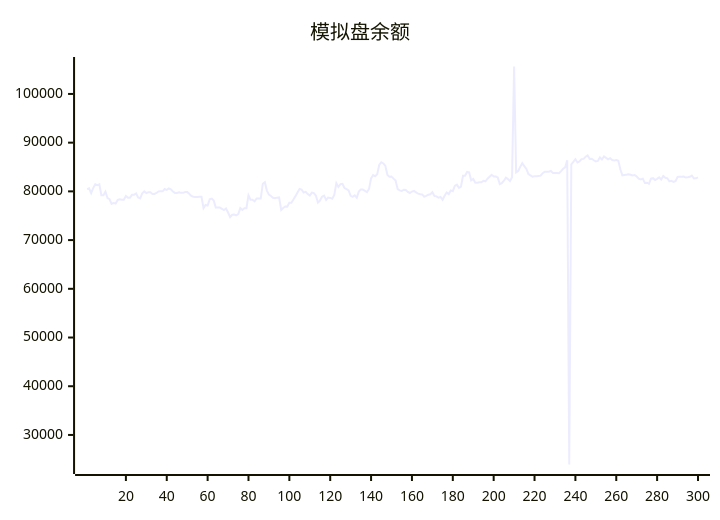
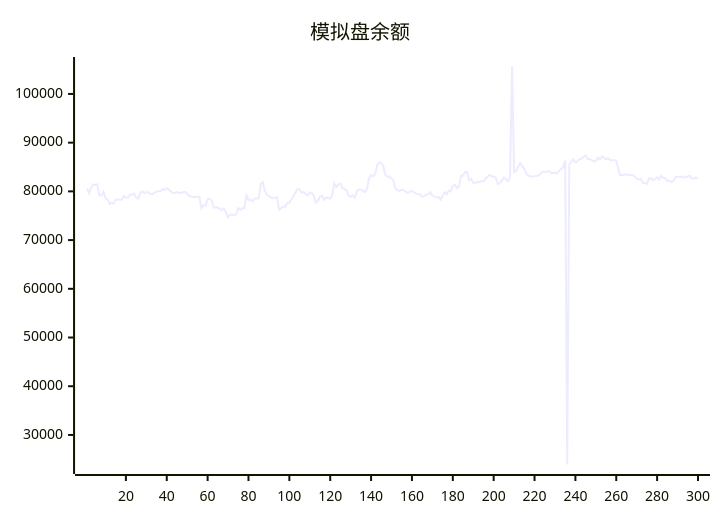
The diagram in README.md (aahl/ai-trading), drawn with Mermaid before and after one commit. The commit also changed other lines of this file and 1 other file, not shown here.

````diff
--- a/README.md
+++ b/README.md
@@ -5,5 +5,5 @@
 ```mermaid
 xychart
     title "模拟盘余额"
-    line [80471,80631,79624,80670,81448,81290,81429,79212,79222,79940,78643,78380,77432,77623,77504,78235,78358,78284,78277,79048,78714,78714,79290,79308,79567,78763,78563,79603,79988,79652,79813,79813,79476,79469,79673,79995,80015,80015,80486,80314,80600,80436,79966,79689,79689,79819,79692,79692,79850,79850,79518,79071,78889,78850,78850,78878,78878,76554,77202,77103,78357,78510,78106,76678,76677,76672,76411,76159,76485,75656,74695,75197,75246,75052,75334,76564,76179,76553,76551,79196,78300,78300,77944,78531,78531,78521,81564,81884,80160,79335,79055,78675,78580,78708,78764,76179,76586,76902,76876,77658,77669,78346,79023,79769,80497,80366,79761,79896,79448,79126,79749,79658,79097,77695,78114,78888,79126,78249,78738,78653,78478,79271,81680,80923,81488,81527,80681,80455,80190,79084,78879,79193,78686,79954,80403,80374,80118,79848,80491,82665,83351,83098,83525,85430,85983,85737,85221,83378,83014,83043,82613,82216,80477,80208,80081,80348,80277,79894,79670,79965,80093,79786,79542,79406,79371,78893,79087,79304,79406,79841,79072,78978,78696,78846,78272,79085,79787,79442,80198,80031,81120,81379,80718,80985,83214,83212,83993,83921,82270,82547,81776,81776,81866,81866,82158,82061,82596,83000,83408,83041,83050,82858,81503,81691,82188,82812,82517,82092,82901,105633,83898,84180,85030,85781,85178,84604,83569,83298,83008,83093,83107,83175,83228,83729,84025,84017,84019,84177,83775,83762,83785,83738,84160,84639,84939,86370,23934,85548,86046,86599,85942,86161,86622,86664,87115,87369,86666,86685,86384,86152,86243,86969,86548,87164,86885,86566,86809,86427,86348,86417,86273,84538,83299,83369,83430,83490,83404,83270,83362,83056,82605,82459,82614,81734,81788,81551,82598,82702,82320,82580,82878,82426,83139,82778,82686,82056,82166,81963,82110,82951,82983,82984,83038,82838,82915,82998,83235,82642,82682,82858]
+    line [80631,79624,80670,81448,81290,81429,79212,79222,79940,78643,78380,77432,77623,77504,78235,78358,78284,78277,79048,78714,78714,79290,79308,79567,78763,78563,79603,79988,79652,79813,79813,79476,79469,79673,79995,80015,80015,80486,80314,80600,80436,79966,79689,79689,79819,79692,79692,79850,79850,79518,79071,78889,78850,78850,78878,78878,76554,77202,77103,78357,78510,78106,76678,76677,76672,76411,76159,76485,75656,74695,75197,75246,75052,75334,76564,76179,76553,76551,79196,78300,78300,77944,78531,78531,78521,81564,81884,80160,79335,79055,78675,78580,78708,78764,76179,76586,76902,76876,77658,77669,78346,79023,79769,80497,80366,79761,79896,79448,79126,79749,79658,79097,77695,78114,78888,79126,78249,78738,78653,78478,79271,81680,80923,81488,81527,80681,80455,80190,79084,78879,79193,78686,79954,80403,80374,80118,79848,80491,82665,83351,83098,83525,85430,85983,85737,85221,83378,83014,83043,82613,82216,80477,80208,80081,80348,80277,79894,79670,79965,80093,79786,79542,79406,79371,78893,79087,79304,79406,79841,79072,78978,78696,78846,78272,79085,79787,79442,80198,80031,81120,81379,80718,80985,83214,83212,83993,83921,82270,82547,81776,81776,81866,81866,82158,82061,82596,83000,83408,83041,83050,82858,81503,81691,82188,82812,82517,82092,82901,105633,83898,84180,85030,85781,85178,84604,83569,83298,83008,83093,83107,83175,83228,83729,84025,84017,84019,84177,83775,83762,83785,83738,84160,84639,84939,86370,23934,85548,86046,86599,85942,86161,86622,86664,87115,87369,86666,86685,86384,86152,86243,86969,86548,87164,86885,86566,86809,86427,86348,86417,86273,84538,83299,83369,83430,83490,83404,83270,83362,83056,82605,82459,82614,81734,81788,81551,82598,82702,82320,82580,82878,82426,83139,82778,82686,82056,82166,81963,82110,82951,82983,82984,83038,82838,82915,82998,83235,82642,82682,82858,82746]
 ```
````
